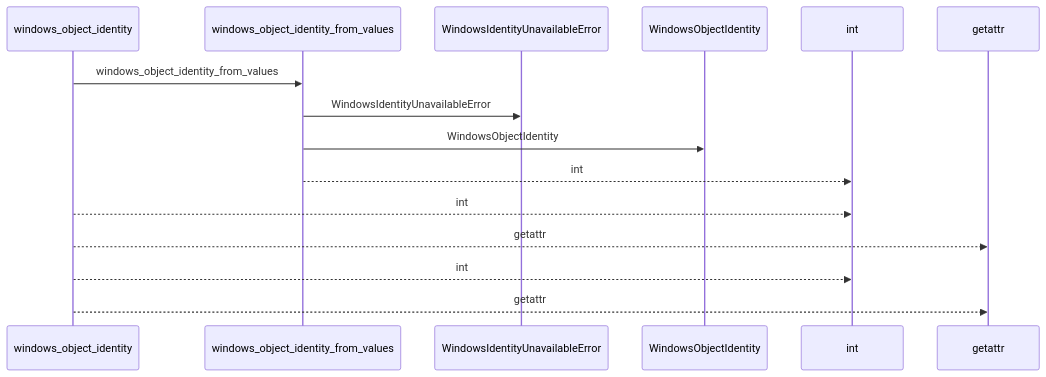
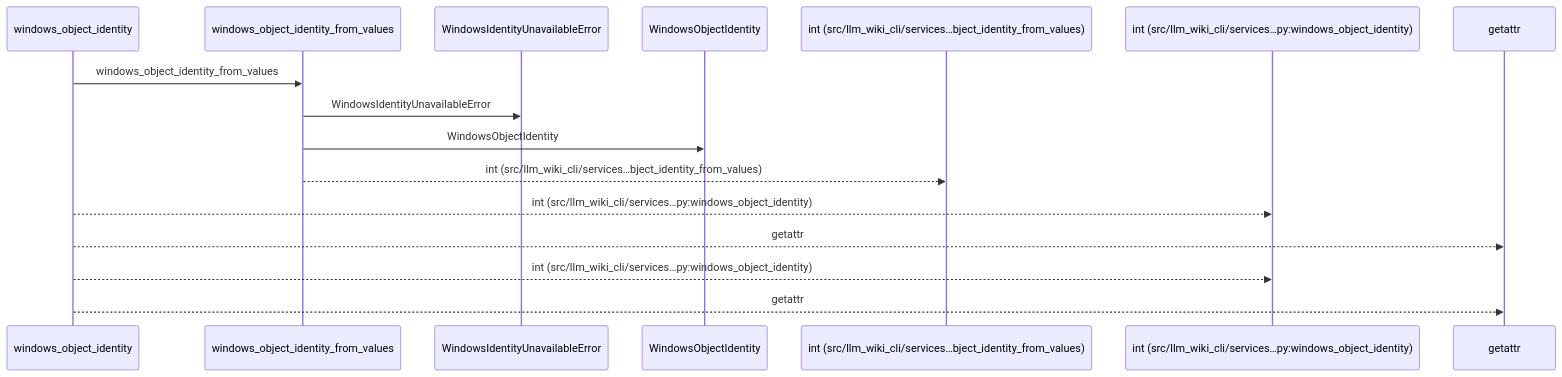
One commit to Denissvgn/python-wiki-llm changed the first of 2 diagrams in docs/llm_wiki/flows/api-windows_object_identity.md. Above: the diagram before and after it, drawn with Mermaid. The commit also changed other lines of this file and 719 other files, not shown here.

````diff
--- a/docs/llm_wiki/flows/api-windows_object_identity.md
+++ b/docs/llm_wiki/flows/api-windows_object_identity.md
@@ -10,17 +10,18 @@
 ```mermaid
 sequenceDiagram
     participant p0 as windows_object_identity
     participant p1 as windows_object_identity_from_values
     participant p2 as WindowsIdentityUnavailableError
     participant p3 as WindowsObjectIdentity
-    participant p4 as int
-    participant p5 as getattr
+    participant p4 as int (src/llm_wiki_cli/services…bject_identity_from_values)
+    participant p5 as int (src/llm_wiki_cli/services…py:windows_object_identity)
+    participant p6 as getattr
     p0->>p1: windows_object_identity_from_values
     p1->>p2: WindowsIdentityUnavailableError
     p1->>p3: WindowsObjectIdentity
-    p1-->>p4: int
-    p0-->>p4: int
-    p0-->>p5: getattr
-    p0-->>p4: int
-    p0-->>p5: getattr
+    p1-->>p4: int (src/llm_wiki_cli/services…bject_identity_from_values)
+    p0-->>p5: int (src/llm_wiki_cli/services…py:windows_object_identity)
+    p0-->>p6: getattr
+    p0-->>p5: int (src/llm_wiki_cli/services…py:windows_object_identity)
+    p0-->>p6: getattr
 ```
````
